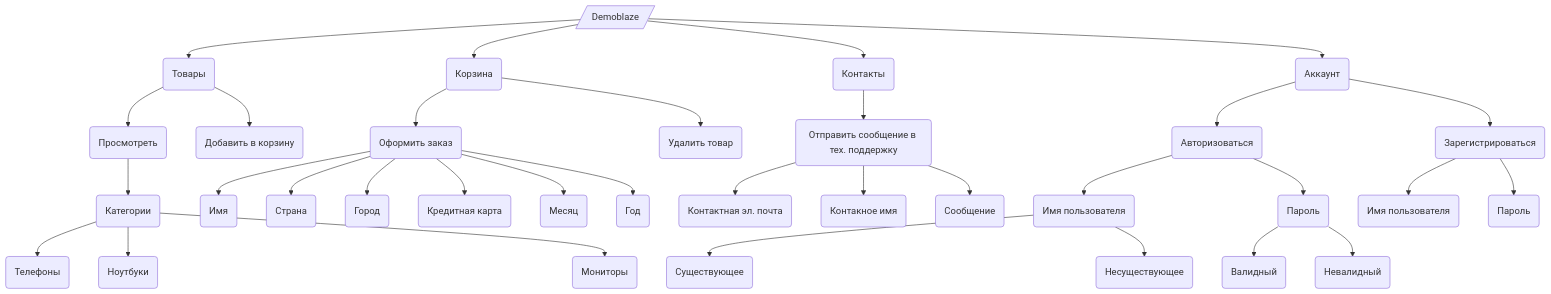
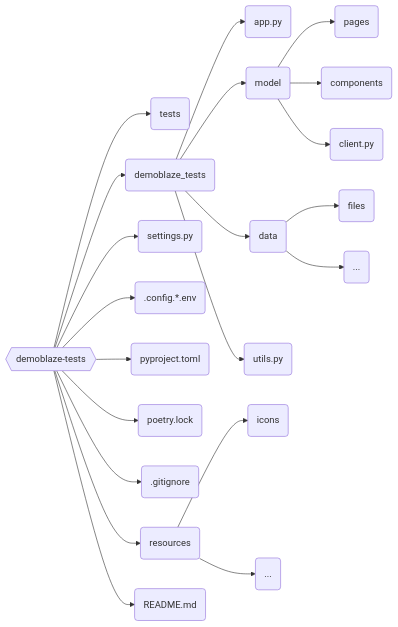
The diagram in README.md (atrskv/demoblaze-tests), drawn with Mermaid before and after one commit. The commit also changed other lines of this file, not shown here.

````diff
--- a/README.md
+++ b/README.md
@@ -33,61 +37,27 @@
 ```mermaid
-        flowchart TD
+        flowchart LR
             
+        demoblaze --> tests(tests)
+
+        demoblaze{{demoblaze-tests}} --> demoblaze_tests(demoblaze_tests)
+        demoblaze_tests --> app(app.py)  
+
+        model --> pages(pages)
+        demoblaze_tests --> model(model) --> components(components)
+        demoblaze_tests --> data(data) --> files(files)
+        data --> other_data(...)
+        model --> client(client.py)
+        demoblaze_tests --> utils(utils.py)
         
-        demoblaze[/Demoblaze/] --> products(Товары)
+        demoblaze --> settings(settings.py)
+        demoblaze --> config(.config.*.env)
+        demoblaze --> pyproject(pyproject.toml)
+        demoblaze --> poetry(poetry.lock)
+
+        demoblaze --> gitignore(.gitignore)
         
-        products --> view(Просмотреть)
-        
-        view --> categories(Категории)
-        
-        categories --> phones(Телефоны)
-        categories --> laptops(Ноутбуки)
-        categories --> monitors(Мониторы)
+        demoblaze --> resources(resources) --> icons(icons)
+        resources --> other_resources(...)
 
-        products --> add(Добавить в корзину) 
-
-        demoblaze --> cart(Корзина)
-        
-        cart --> order(Оформить заказ)
-        
-        order --> name(Имя)
-        order --> country(Страна)
-        order --> city(Город)
-        order --> creditCard(Кредитная карта)
-        order --> month(Месяц)
-        order --> year(Год)
-        
-        cart -->  remove(Удалить товар)
-        
-        demoblaze --> contacts(Контакты)
-        
-        contacts --> support(Отправить сообщение в тех. поддержку)
-        
-        support --> email(Контактная эл. почта)
-        support --> contactName(Контакное имя)
-        support --> message(Сообщение)
-        
-        account --> logIn(Авторизоваться)
-        
-        logIn --> userNameForLogIn(Имя пользователя)
-        
-        userNameForLogIn -->existingUserName(Существующее)
-        userNameForLogIn -->notExistingUserName(Несуществующее)
-        
-        logIn --> passwordForLogIn(Пароль)
-        
-        passwordForLogIn --> validPassword(Валидный)
-        passwordForLogIn --> inValidPassword(Невалидный)
-        
-        demoblaze --> account(Аккаунт)
-        
-        account --> signUp(Зарегистрироваться)
-        signUp --> userName(Имя пользователя)
-        signUp --> password(Пароль)
-
-        click Demoblaze "https://www.demoblaze.com" _blank
-        click Account "https://github.com/lrayne/demoblaze-tests/blob/develop/tests/test_account.py" _blank
-        click Products "https://github.com/lrayne/demoblaze-tests/blob/develop/tests/test_products.py" _blank
-        click Cart "https://github.com/lrayne/demoblaze-tests/blob/develop/tests/test_cart.py" _blank
-
+        demoblaze --> readme(README.md)
 ```
````
